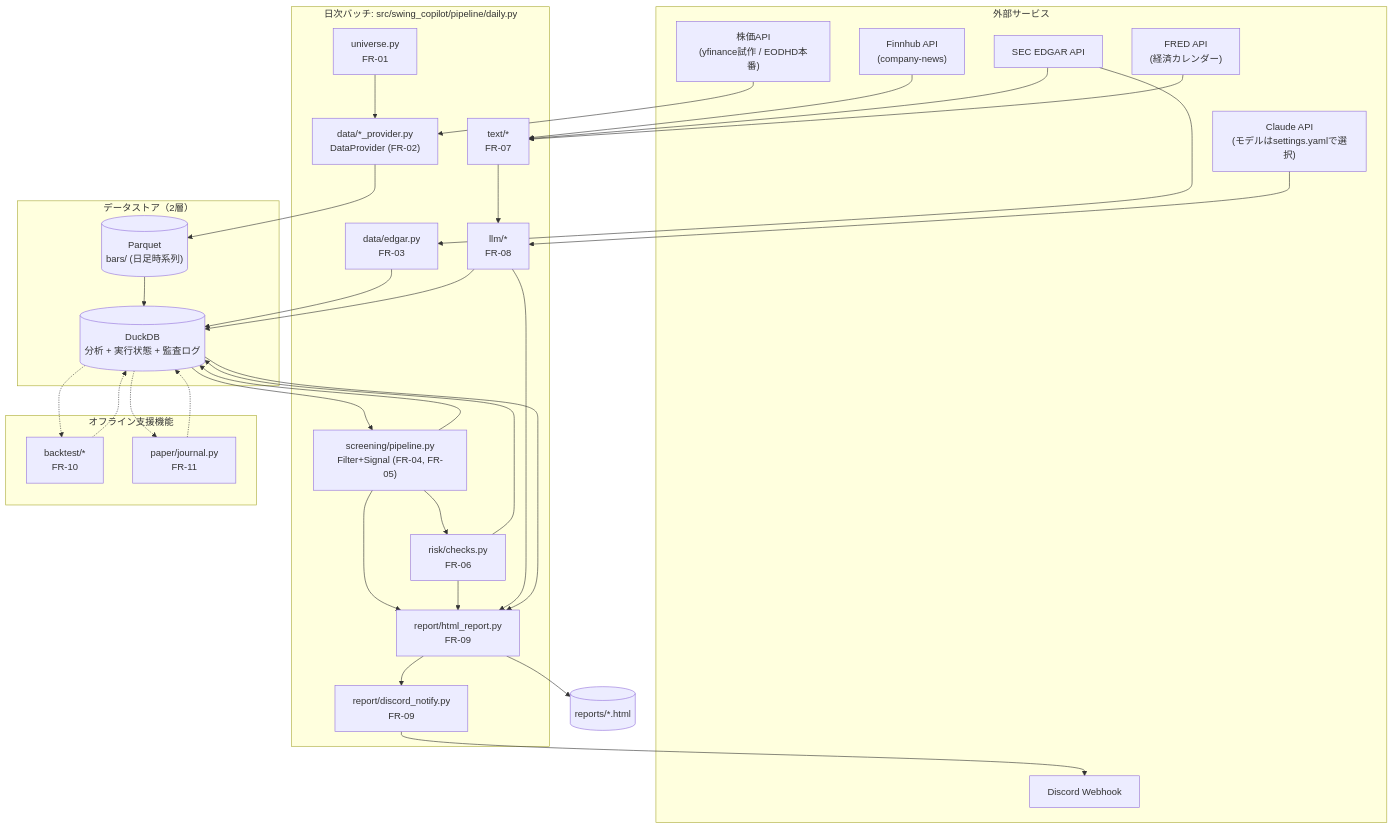
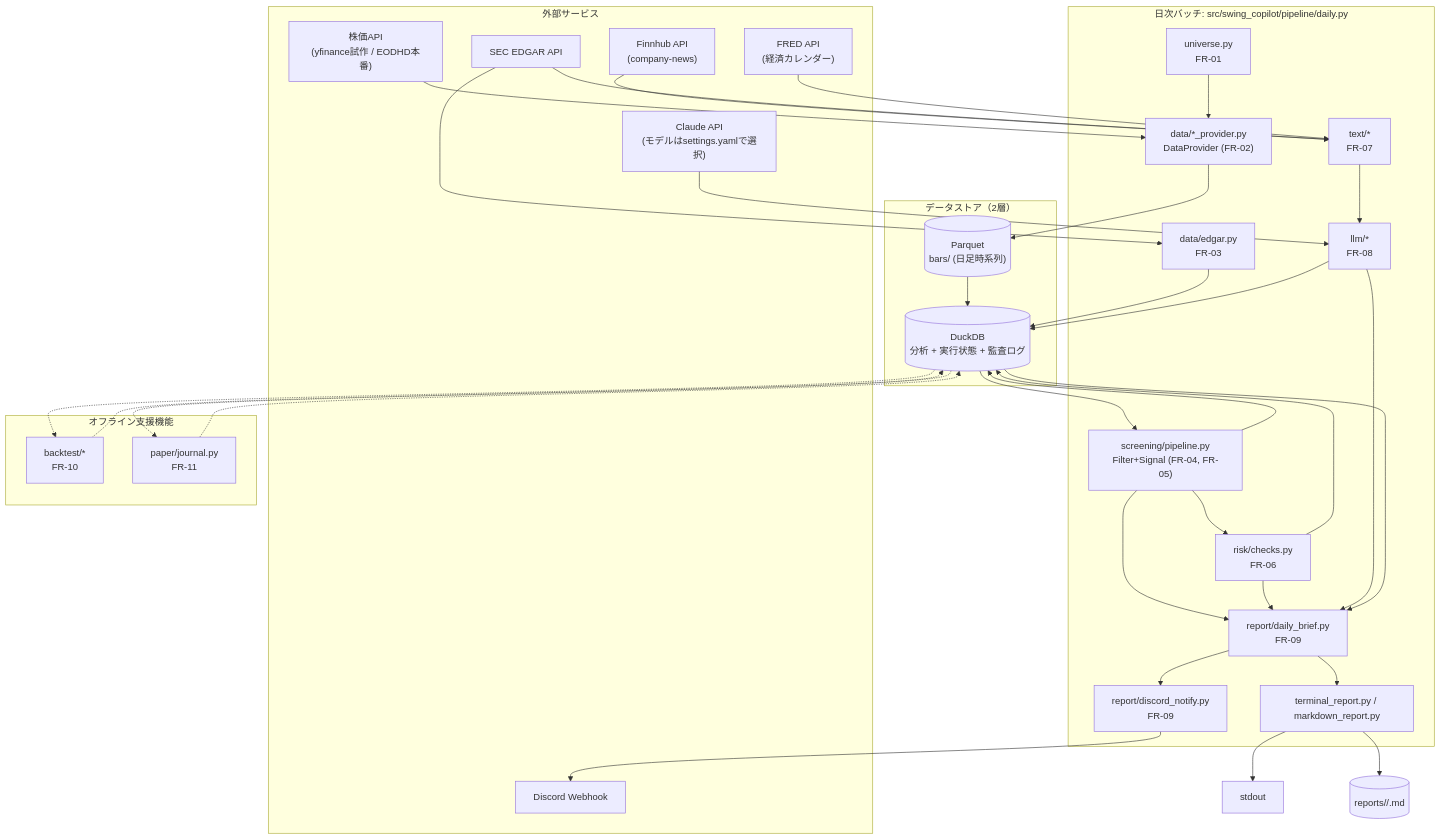
One commit to tomada1114/swing-copilot changed the first of 2 diagrams in docs/03_basic_design.md. Above: the diagram before and after it, drawn with Mermaid. The commit also changed other lines of this file and 45 other files, not shown here.

````diff
--- a/docs/03_basic_design.md
+++ b/docs/03_basic_design.md
@@ -35,62 +35,65 @@
 ```mermaid
 flowchart TD
     subgraph External["外部サービス"]
         YF["株価API<br/>(yfinance試作 / EODHD本番)"]
         EDGARAPI["SEC EDGAR API"]
         FH["Finnhub API<br/>(company-news)"]
         FRED["FRED API<br/>(経済カレンダー)"]
         CLAUDE["Claude API<br/>(モデルはsettings.yamlで選択)"]
         DISCORD["Discord Webhook"]
     end
 
     subgraph Batch["日次バッチ: src/swing_copilot/pipeline/daily.py"]
         UNIV["universe.py<br/>FR-01"]
         DP["data/*_provider.py<br/>DataProvider (FR-02)"]
         EDG["data/edgar.py<br/>FR-03"]
         SCR["screening/pipeline.py<br/>Filter+Signal (FR-04, FR-05)"]
         RISK["risk/checks.py<br/>FR-06"]
         TXT["text/*<br/>FR-07"]
         LLM["llm/*<br/>FR-08"]
-        RPT["report/html_report.py<br/>FR-09"]
+        BRIEF["report/daily_brief.py<br/>FR-09"]
+        OUT["terminal_report.py / markdown_report.py"]
         NOTIFY["report/discord_notify.py<br/>FR-09"]
     end
 
     subgraph Offline["オフライン支援機能"]
         BT["backtest/*<br/>FR-10"]
         PAPER["paper/journal.py<br/>FR-11"]
     end
 
     subgraph Storage["データストア（2層）"]
         PARQUET[("Parquet<br/>bars/ (日足時系列)")]
         DUCKDB[("DuckDB<br/>分析 + 実行状態 + 監査ログ")]
     end
 
     UNIV --> DP
     YF --> DP
     DP --> PARQUET
     PARQUET --> DUCKDB
     EDGARAPI --> EDG
     EDG --> DUCKDB
     DUCKDB --> SCR
     SCR --> DUCKDB
     SCR --> RISK
     RISK --> DUCKDB
     FH --> TXT
     EDGARAPI --> TXT
     FRED --> TXT
     TXT --> LLM
     CLAUDE --> LLM
     LLM --> DUCKDB
-    SCR --> RPT
-    RISK --> RPT
-    LLM --> RPT
-    DUCKDB --> RPT
-    RPT --> HTMLOUT[("reports/*.html")]
-    RPT --> NOTIFY
+    SCR --> BRIEF
+    RISK --> BRIEF
+    LLM --> BRIEF
+    DUCKDB --> BRIEF
+    BRIEF --> OUT
+    OUT --> STDOUT["stdout"]
+    OUT --> MDOUT[("reports/<date>/<run_id>.md")]
+    BRIEF --> NOTIFY
     NOTIFY --> DISCORD
 
     DUCKDB -.-> BT
     BT -.-> DUCKDB
     DUCKDB -.-> PAPER
     PAPER -.-> DUCKDB
 ```
````
